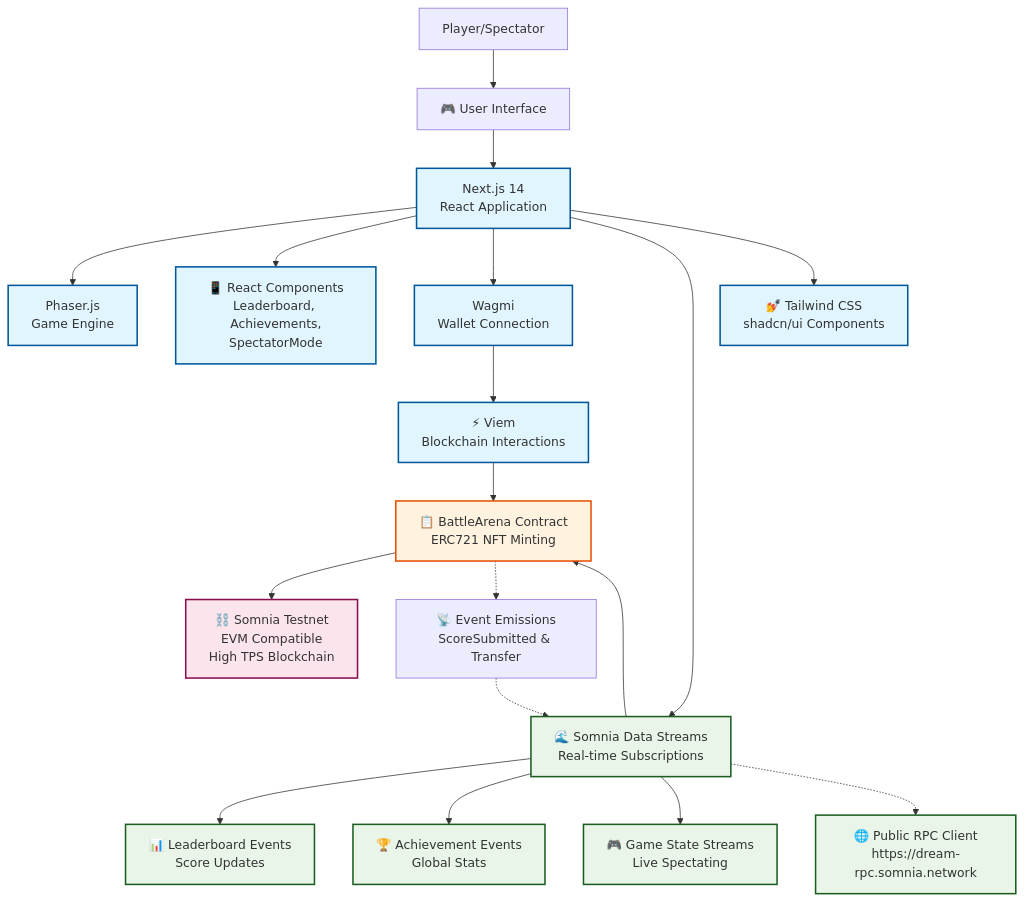
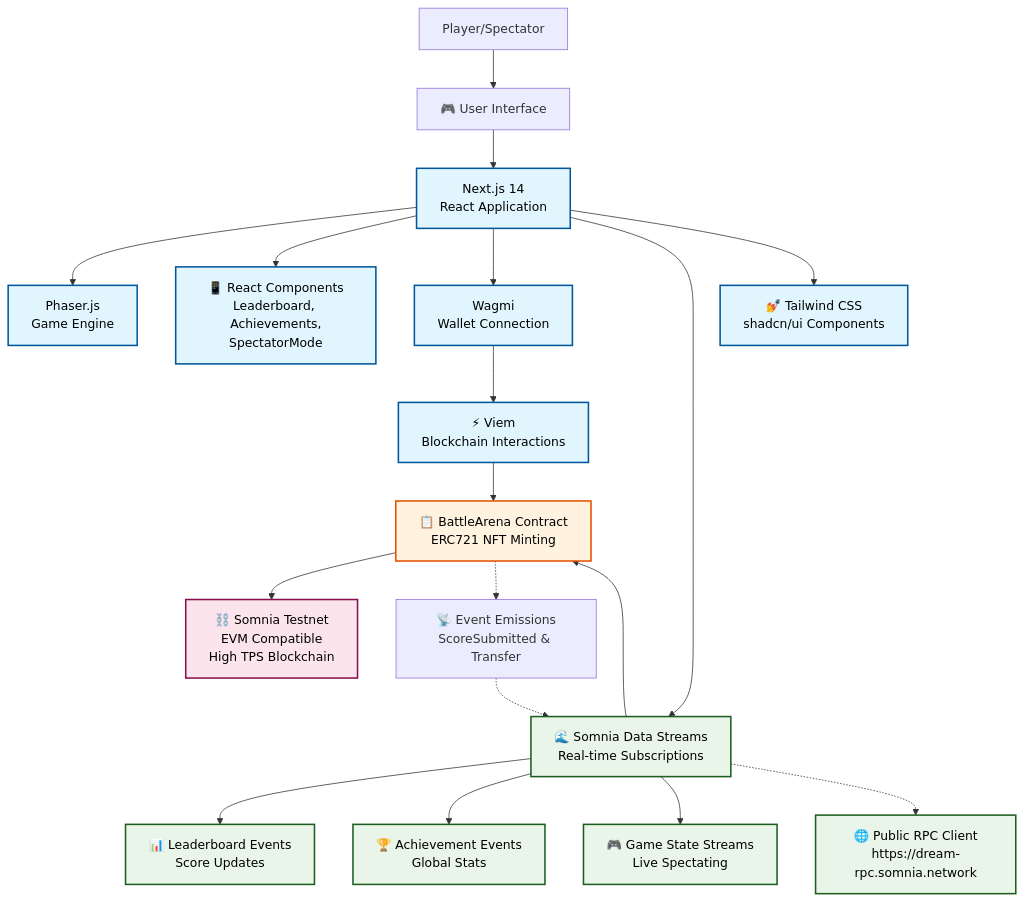
One commit to Marvy247/Battle-Arena changed the diagram in README.md. Above: the diagram before and after it, drawn with Mermaid.

````diff
--- a/README.md
+++ b/README.md
@@ -55,49 +55,49 @@
 ```mermaid
 graph TB
     %% User Layer
     User[ Player/Spectator] --> UI[🎮 User Interface]
 
     %% Frontend Layer
     UI --> NextJS[ Next.js 14<br/>React Application]
     NextJS --> PhaserJS[ Phaser.js<br/>Game Engine]
     NextJS --> Components[📱 React Components<br/>Leaderboard, Achievements,<br/>SpectatorMode]
 
     %% Web3 Layer
     NextJS --> Wagmi[ Wagmi<br/>Wallet Connection]
     Wagmi --> Viem[⚡ Viem<br/>Blockchain Interactions]
 
     %% Data Streaming Layer
     NextJS --> SDS[🌊 Somnia Data Streams<br/>Real-time Subscriptions]
     SDS --> Stream1[📊 Leaderboard Events<br/>Score Updates]
     SDS --> Stream2[🏆 Achievement Events<br/>Global Stats]
     SDS --> Stream3[🎮 Game State Streams<br/>Live Spectating]
 
     %% Smart Contract Layer
     Viem --> Contract[📋 BattleArena Contract<br/>ERC721 NFT Minting]
     SDS --> Contract
 
     %% Blockchain Layer
     Contract --> SomniaTestnet[⛓️ Somnia Testnet<br/>EVM Compatible<br/>High TPS Blockchain]
 
     %% Data Flow
     Contract -.-> Events[📡 Event Emissions<br/>ScoreSubmitted & Transfer]
     Events -.-> SDS
 
     %% Styling
     NextJS --> Tailwind[💅 Tailwind CSS<br/>shadcn/ui Components]
 
     %% External Services
     SDS -.-> PublicClient[🌐 Public RPC Client<br/>https://dream-rpc.somnia.network]
 
-    classDef frontend fill:#e1f5fe,stroke:#01579b,stroke-width:2px
-    classDef web3 fill:#f3e5f5,stroke:#4a148c,stroke-width:2px
-    classDef streaming fill:#e8f5e8,stroke:#1b5e20,stroke-width:2px
-    classDef contract fill:#fff3e0,stroke:#e65100,stroke-width:2px
-    classDef blockchain fill:#fce4ec,stroke:#880e4f,stroke-width:2px
+    classDef frontend fill:#e1f5fe,stroke:#01579b,stroke-width:2px,color:#000000
+    classDef web3 fill:#f3e5f5,stroke:#4a148c,stroke-width:2px,color:#000000
+    classDef streaming fill:#e8f5e8,stroke:#1b5e20,stroke-width:2px,color:#000000
+    classDef contract fill:#fff3e0,stroke:#e65100,stroke-width:2px,color:#000000
+    classDef blockchain fill:#fce4ec,stroke:#880e4f,stroke-width:2px,color:#000000
 
     class NextJS,PhaserJS,Components,Tailwind frontend
     class Wagmi,Viem frontend
     class SDS,Stream1,Stream2,Stream3,PublicClient streaming
     class Contract contract
     class SomniaTestnet blockchain
 ```
````
